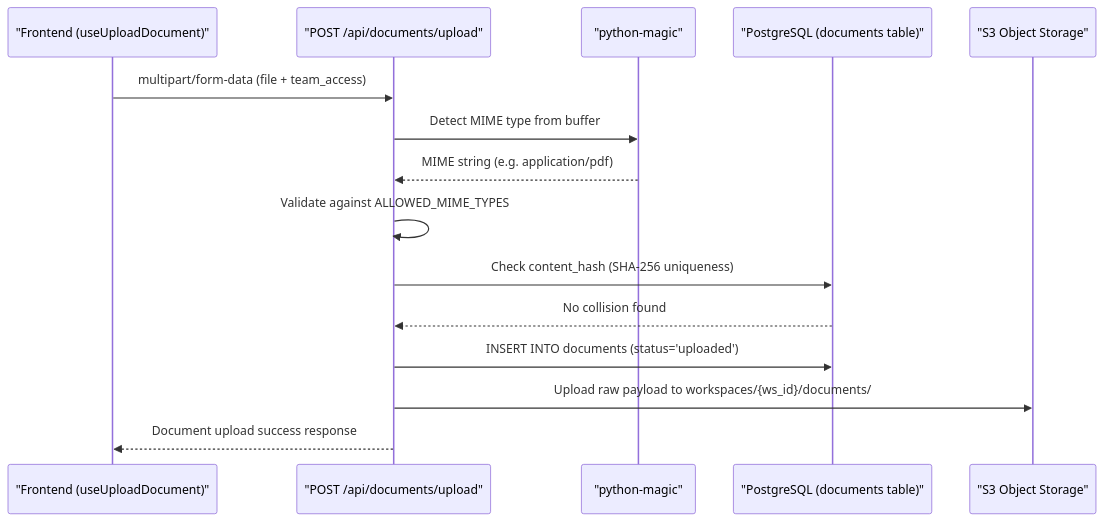
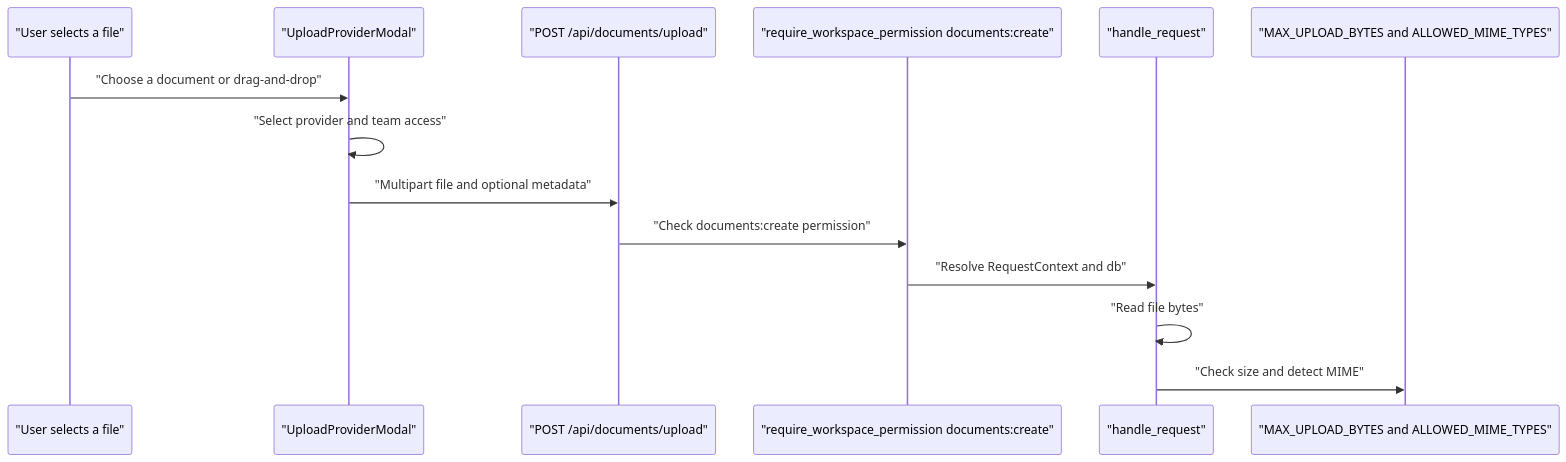
One commit to AutomatosAI/automatos-ai changed the second of 4 diagrams in docs/knowledge-base-rag/document-management.md. Above: the diagram before and after it, drawn with Mermaid. The commit also changed other lines of this file and 188 other files, not shown here.

First line of the commit message:
docs: refresh architecture docs and add coverage for new subsystems (#1416)

````diff
--- a/docs/knowledge-base-rag/document-management.md
+++ b/docs/knowledge-base-rag/document-management.md
@@ -87,18 +118,17 @@
 ```mermaid
 sequenceDiagram
-    participant Client as "Frontend (useUploadDocument)"
-    participant API as "POST /api/documents/upload"
-    participant Magic as "python-magic"
-    participant DB as "PostgreSQL (documents table)"
-    participant S3 as "S3 Object Storage"
-    
-    Client->>API: multipart/form-data (file + team_access)
-    API->>Magic: Detect MIME type from buffer
-    Magic-->>API: MIME string (e.g. application/pdf)
-    API->>API: Validate against ALLOWED_MIME_TYPES
-    API->>DB: Check content_hash (SHA-256 uniqueness)
-    DB-->>API: No collision found
-    API->>DB: INSERT INTO documents (status='uploaded')
-    API->>S3: Upload raw payload to workspaces/{ws_id}/documents/
-    API-->>Client: Document upload success response
+    participant User as "User selects a file"
+    participant UploadProviderModalUI as "UploadProviderModal"
+    participant Route as "POST /api/documents/upload"
+    participant Auth as "require_workspace_permission documents:create"
+    participant Handler as "handle_request"
+    participant Validator as "MAX_UPLOAD_BYTES and ALLOWED_MIME_TYPES"
+
+    User->>UploadProviderModalUI: "Choose a document or drag-and-drop"
+    UploadProviderModalUI->>UploadProviderModalUI: "Select provider and team access"
+    UploadProviderModalUI->>Route: "Multipart file and optional metadata"
+    Route->>Auth: "Check documents:create permission"
+    Auth->>Handler: "Resolve RequestContext and db"
+    Handler->>Handler: "Read file bytes"
+    Handler->>Validator: "Check size and detect MIME"
 ```
````
